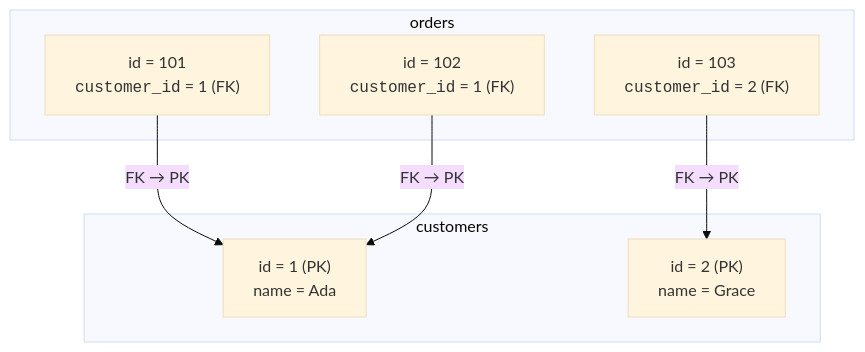
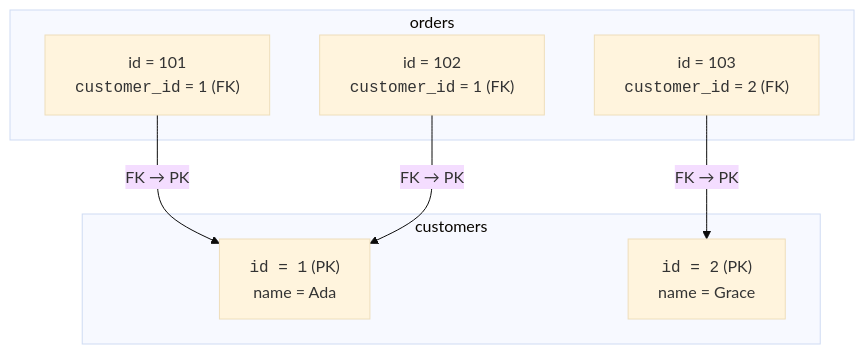
Before and after one commit to dataslope/dataslope: the third of 3 diagrams in content/learn/intro-sql-postgres/foreign-keys.mdx, drawn with Mermaid (base theme). The commit also changed other lines of this file and 100 other files, not shown here.

First line of the commit message:
Wrap more code in diagram labels: filenames, hex, assignments, subgraph titles

````diff
--- a/content/learn/intro-sql-postgres/foreign-keys.mdx
+++ b/content/learn/intro-sql-postgres/foreign-keys.mdx
@@ -110,15 +110,15 @@
 ```mermaid
 flowchart TB
     subgraph customers["customers"]
-        C1["id = 1 (PK)<br/>name = Ada"]
-        C2["id = 2 (PK)<br/>name = Grace"]
+        C1["<code>id = 1</code> (PK)<br/>name = Ada"]
+        C2["<code>id = 2</code> (PK)<br/>name = Grace"]
     end
     subgraph orders["orders"]
         O1["id = 101<br/><code>customer_id</code> = 1 (FK)"]
         O2["id = 102<br/><code>customer_id</code> = 1 (FK)"]
         O3["id = 103<br/><code>customer_id</code> = 2 (FK)"]
     end
     O1 -->|"FK → PK"| C1
     O2 -->|"FK → PK"| C1
     O3 -->|"FK → PK"| C2
 ```
````
